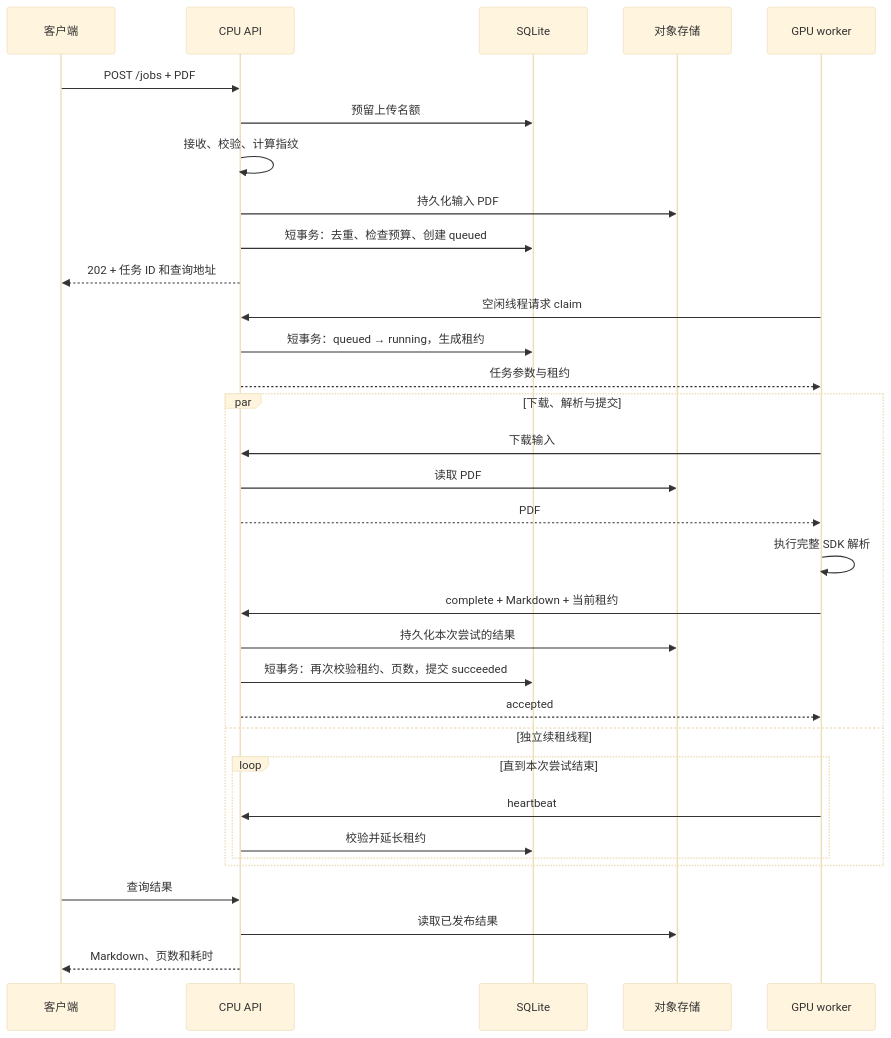
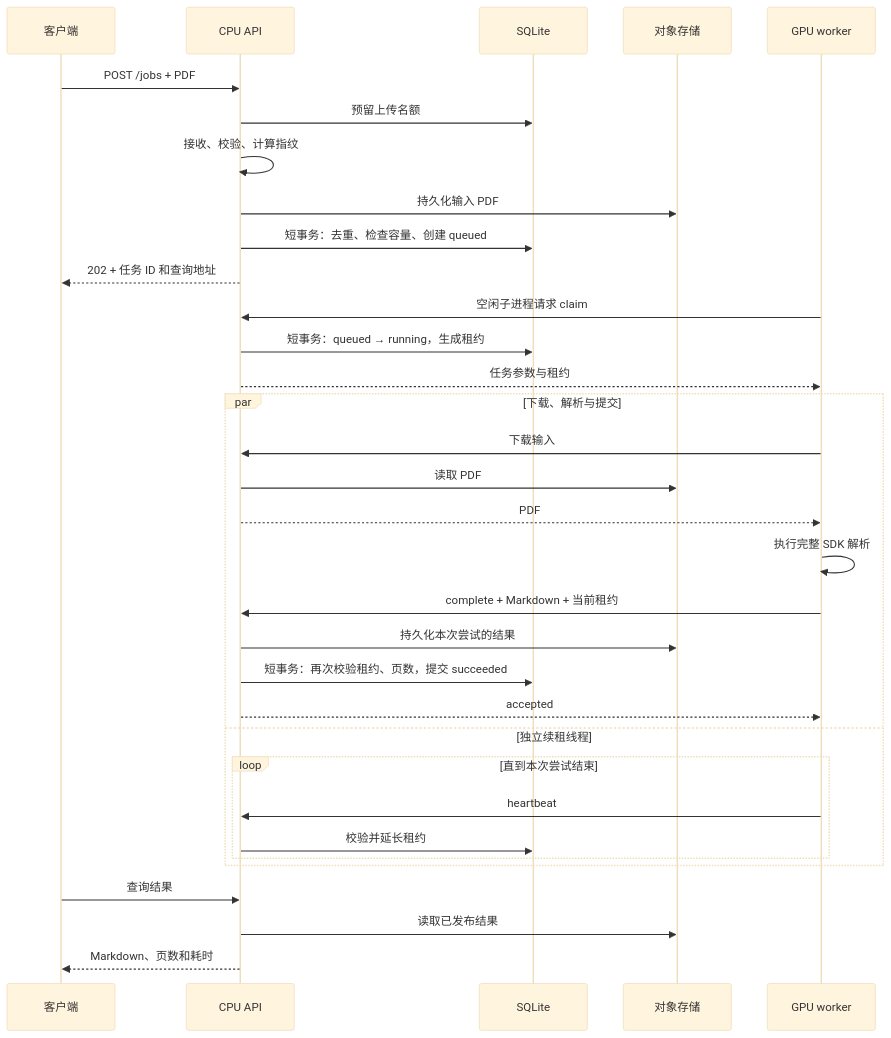
One commit to zhanghx0905/MinerU-Parse-Service changed the second of 3 diagrams in docs/scheduling.md. Above: the diagram before and after it, drawn with Mermaid (base theme). The commit also changed other lines of this file and 37 other files, not shown here.

````diff
--- a/docs/scheduling.md
+++ b/docs/scheduling.md
@@ -50,35 +50,35 @@
 ```mermaid
 sequenceDiagram
     participant C as 客户端
     participant A as CPU API
     participant D as SQLite
     participant O as 对象存储
     participant W as GPU worker
     C->>A: POST /jobs + PDF
     A->>D: 预留上传名额
     A->>A: 接收、校验、计算指纹
     A->>O: 持久化输入 PDF
-    A->>D: 短事务：去重、检查预算、创建 queued
+    A->>D: 短事务：去重、检查容量、创建 queued
     A-->>C: 202 + 任务 ID 和查询地址
-    W->>A: 空闲线程请求 claim
+    W->>A: 空闲子进程请求 claim
     A->>D: 短事务：queued → running，生成租约
     A-->>W: 任务参数与租约
     par 下载、解析与提交
         W->>A: 下载输入
         A->>O: 读取 PDF
         A-->>W: PDF
         W->>W: 执行完整 SDK 解析
         W->>A: complete + Markdown + 当前租约
         A->>O: 持久化本次尝试的结果
         A->>D: 短事务：再次校验租约、页数，提交 succeeded
         A-->>W: accepted
     and 独立续租线程
         loop 直到本次尝试结束
             W->>A: heartbeat
             A->>D: 校验并延长租约
         end
     end
     C->>A: 查询结果
     A->>O: 读取已发布结果
     A-->>C: Markdown、页数和耗时
 ```
````
